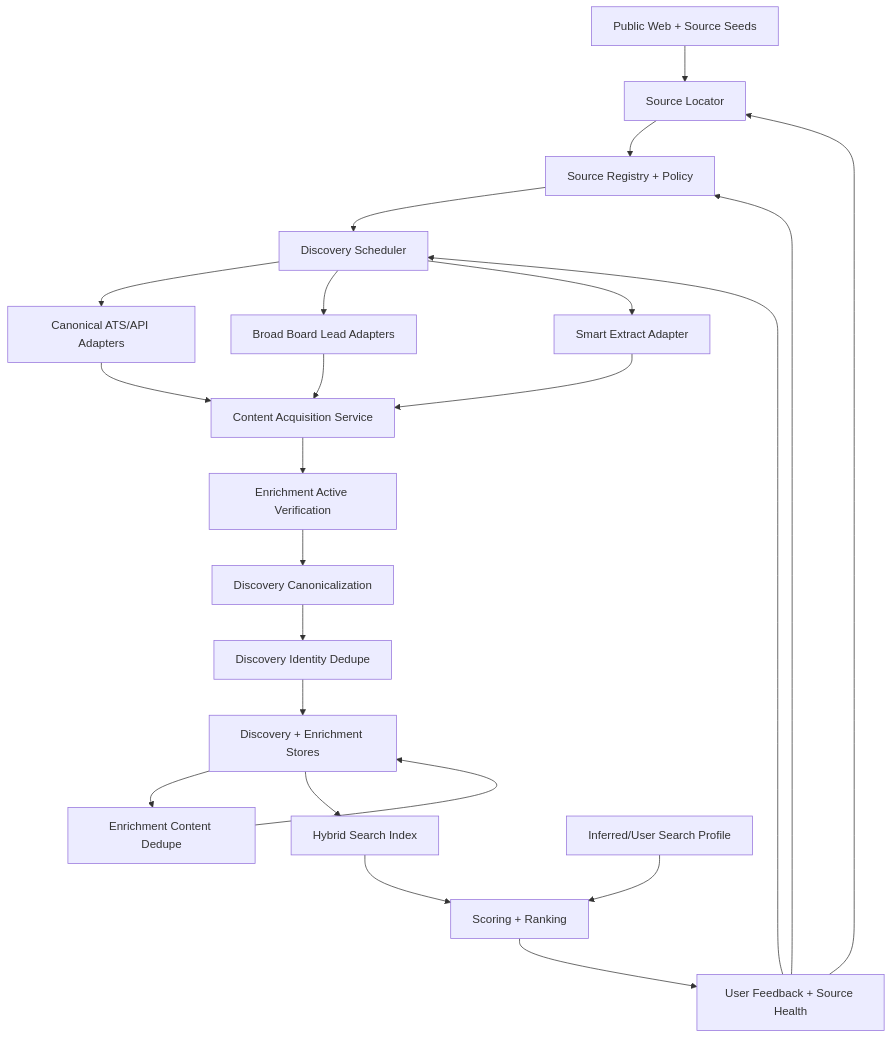
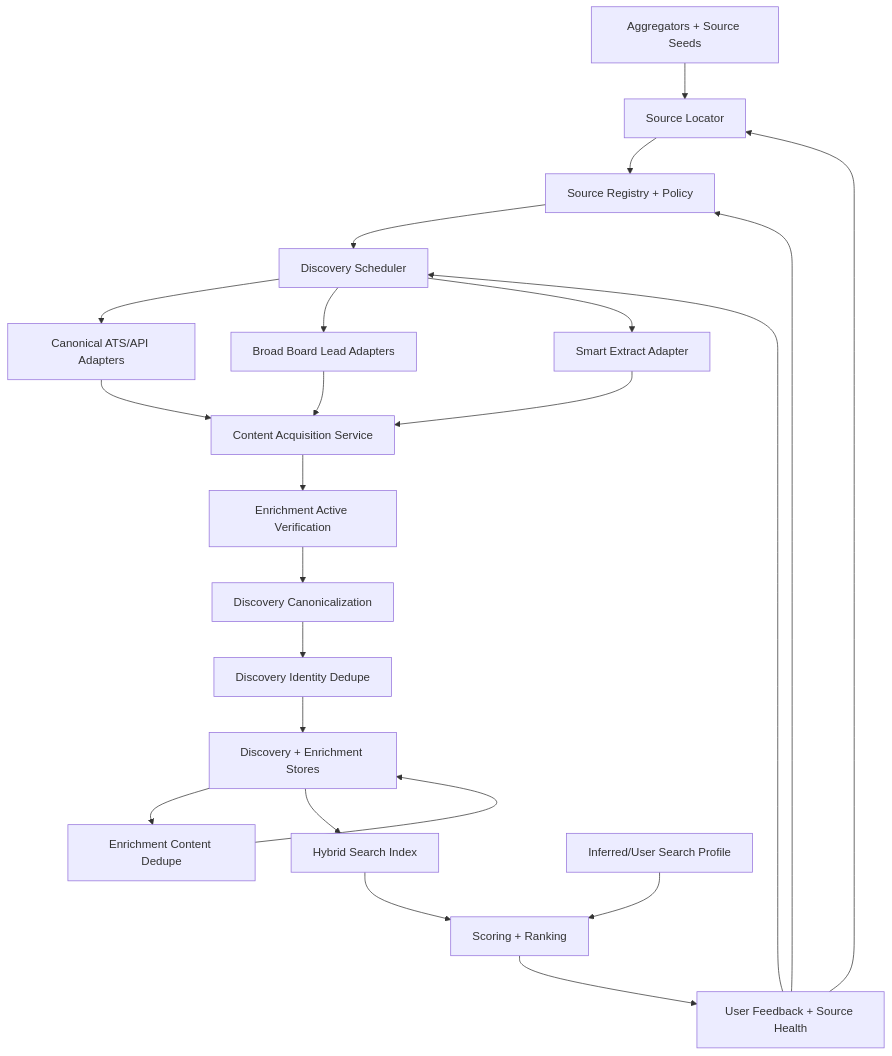
Before and after one commit to ebarti/JobCtrl: the diagram in docs/plans/proposed/2026-05-12-job-search-discovery-rfc.md, drawn with Mermaid. The commit also changed other lines of this file, not shown here.

````diff
--- a/docs/plans/proposed/2026-05-12-job-search-discovery-rfc.md
+++ b/docs/plans/proposed/2026-05-12-job-search-discovery-rfc.md
@@ -322,43 +383,43 @@
 ```mermaid
 flowchart TD
-    Seeds["Public Web + Source Seeds"]
+    Seeds["Aggregators + Source Seeds"]
     Locator["Source Locator"]
     Registry["Source Registry + Policy"]
     Scheduler["Discovery Scheduler"]
     ATS["Canonical ATS/API Adapters"]
     Boards["Broad Board Lead Adapters"]
     Smart["Smart Extract Adapter"]
     Acquire["Content Acquisition Service"]
     Active["Enrichment Active Verification"]
     Canon["Discovery Canonicalization"]
     IdentityDedup["Discovery Identity Dedupe"]
     ContentDedup["Enrichment Content Dedupe"]
     Store["Discovery + Enrichment Stores"]
     Index["Hybrid Search Index"]
     Profile["Inferred/User Search Profile"]
     Score["Scoring + Ranking"]
     Feedback["User Feedback + Source Health"]
 
     Seeds --> Locator
     Locator --> Registry
     Registry --> Scheduler
     Scheduler --> ATS
     Scheduler --> Boards
     Scheduler --> Smart
     ATS --> Acquire
     Boards --> Acquire
     Smart --> Acquire
     Acquire --> Active
     Active --> Canon
     Canon --> IdentityDedup
     IdentityDedup --> Store
     Store --> ContentDedup
     ContentDedup --> Store
     Store --> Index
     Index --> Score
     Profile --> Score
     Score --> Feedback
     Feedback --> Locator
     Feedback --> Registry
     Feedback --> Scheduler
 ```
````
